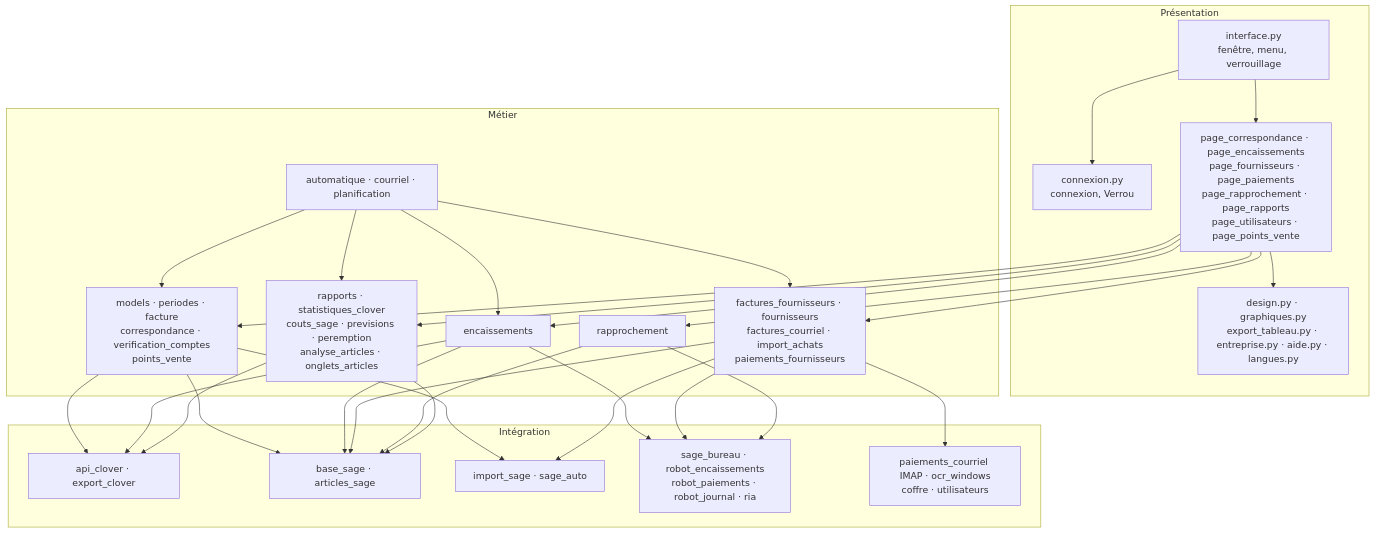
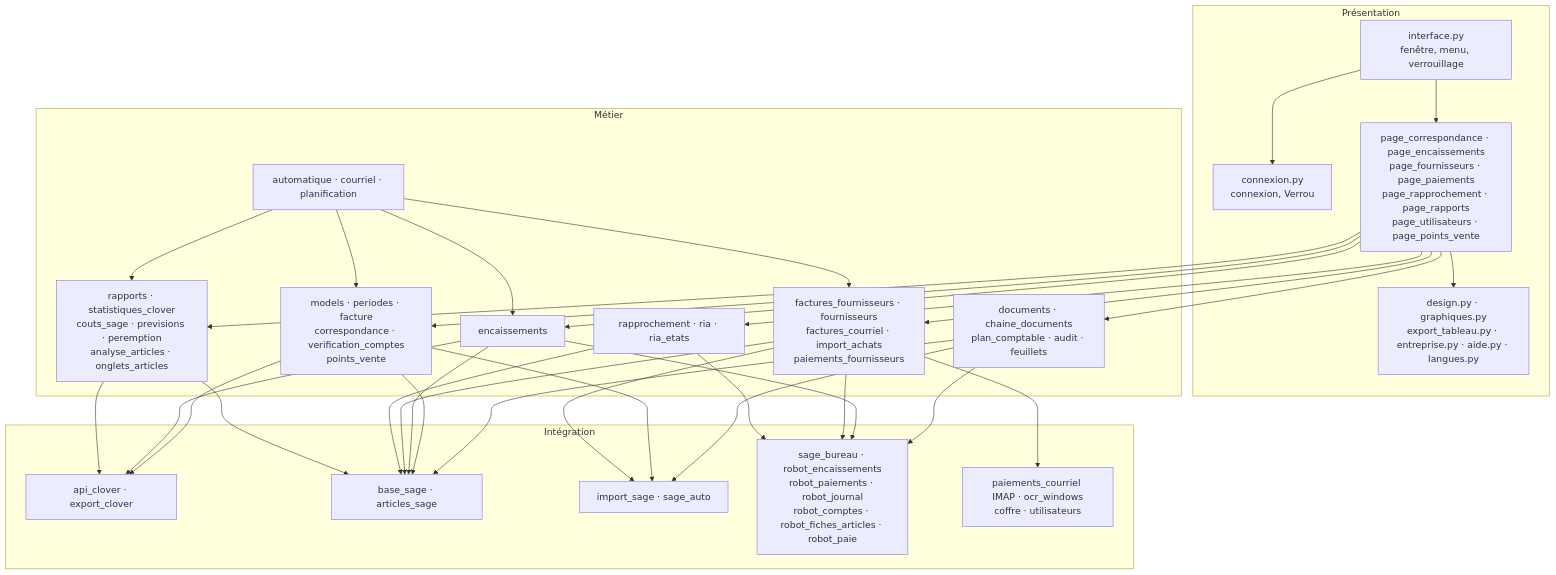
The second of 14 diagrams in ARCHITECTURE.md (mteingueng-dot/MVOGMBI_Sync_2026.1), drawn with Mermaid before and after one commit. The commit also changed other lines of this file and 27 other files, not shown here.

````diff
--- a/ARCHITECTURE.md
+++ b/ARCHITECTURE.md
@@ -89,33 +91,35 @@
 ```mermaid
 flowchart TB
     subgraph Présentation
         interface["interface.py<br/>fenêtre, menu, verrouillage"]
         connexion["connexion.py<br/>connexion, Verrou"]
         pages["page_correspondance · page_encaissements<br/>page_fournisseurs · page_paiements<br/>page_rapprochement · page_rapports<br/>page_utilisateurs · page_points_vente"]
         design["design.py · graphiques.py<br/>export_tableau.py · entreprise.py · aide.py · langues.py"]
     end
     subgraph Métier
         ventes["models · periodes · facture<br/>correspondance · verification_comptes<br/>points_vente"]
         enc["encaissements"]
         four["factures_fournisseurs · fournisseurs<br/>factures_courriel · import_achats<br/>paiements_fournisseurs"]
-        rap["rapprochement"]
+        rap["rapprochement · ria · ria_etats"]
+        gest["documents · chaine_documents<br/>plan_comptable · audit · feuillets"]
         stats["rapports · statistiques_clover<br/>couts_sage · previsions · peremption<br/>analyse_articles · onglets_articles"]
         nuit["automatique · courriel · planification"]
     end
     subgraph Intégration
         clover["api_clover · export_clover"]
         sagel["base_sage · articles_sage"]
         sagei["import_sage · sage_auto"]
-        robots["sage_bureau · robot_encaissements<br/>robot_paiements · robot_journal · ria"]
+        robots["sage_bureau · robot_encaissements<br/>robot_paiements · robot_journal<br/>robot_comptes · robot_fiches_articles · robot_paie"]
         autres["paiements_courriel IMAP · ocr_windows<br/>coffre · utilisateurs"]
     end
     interface --> connexion
     interface --> pages --> design
-    pages --> ventes & enc & four & rap & stats
+    pages --> ventes & enc & four & rap & stats & gest
+    gest --> sagel & sagei & robots
     nuit --> ventes & enc & four & stats
     ventes --> clover & sagel & sagei
     enc --> clover & sagel & robots
     four --> sagel & sagei & robots & autres
     rap --> sagel & robots
     stats --> clover & sagel
 ```
````
